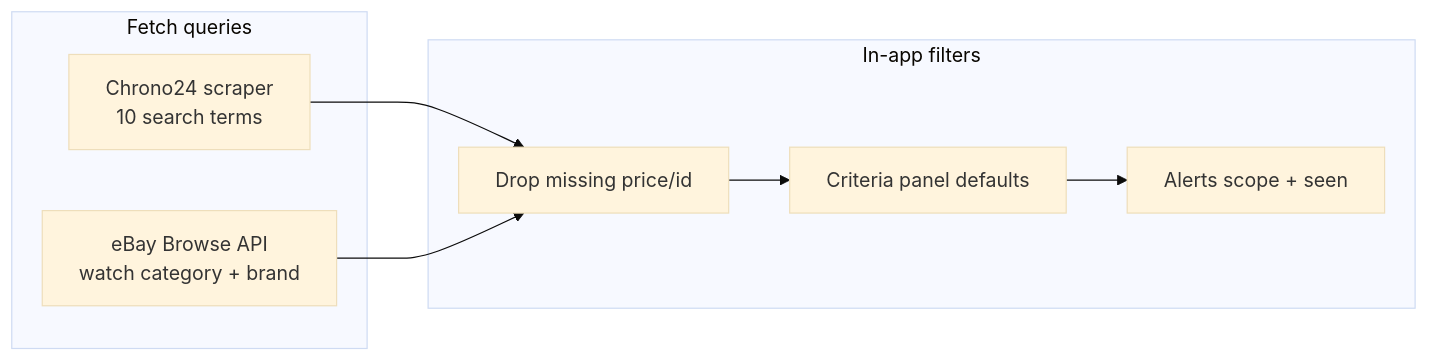
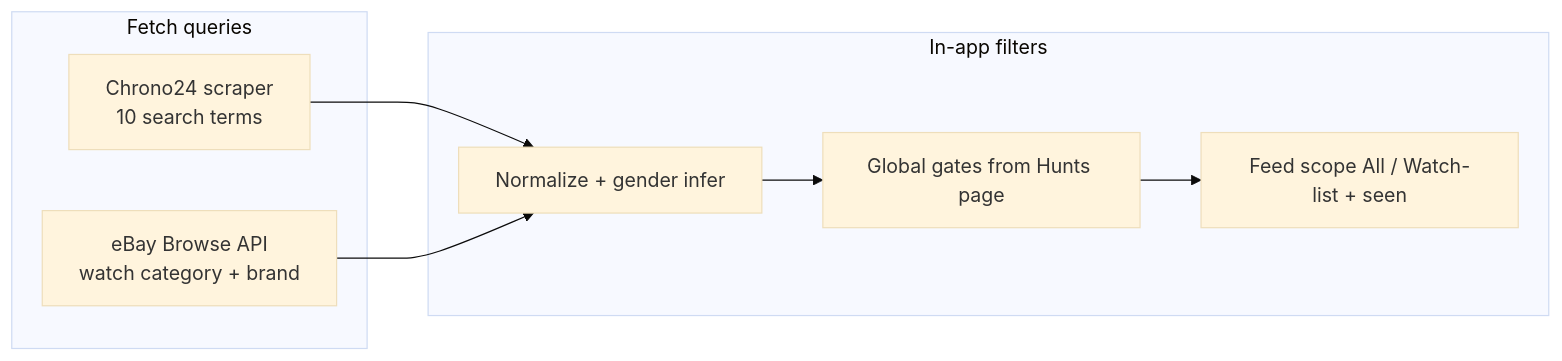
The diagram in .cursor/docs/marketplace-queries.md (Jolien-Product-Manager/GoodFinds2.0), drawn with Mermaid (base theme) before and after one commit. The commit also changed other lines of this file and 18 other files, not shown here.

First line of the commit message:
Fix hunt Watch-list matching, gender gates, and marketplace ingestion.

````diff
--- a/.cursor/docs/marketplace-queries.md
+++ b/.cursor/docs/marketplace-queries.md
@@ -11,15 +11,15 @@
 ```mermaid
 flowchart LR
   subgraph fetch [Fetch queries]
     Chrono24["Chrono24 scraper\n10 search terms"]
     Ebay["eBay Browse API\nwatch category + brand"]
   end
   subgraph app [In-app filters]
-    Norm["Drop missing price/id"]
-    Crit["Criteria panel defaults"]
-    Alerts["Alerts scope + seen"]
+    Norm["Normalize + gender infer"]
+    Crit["Global gates from Hunts page"]
+    FeedScope["Feed scope All / Watch-list + seen"]
   end
   Chrono24 --> Norm
   Ebay --> Norm
-  Norm --> Crit --> Alerts
+  Norm --> Crit --> FeedScope
 ```
````
